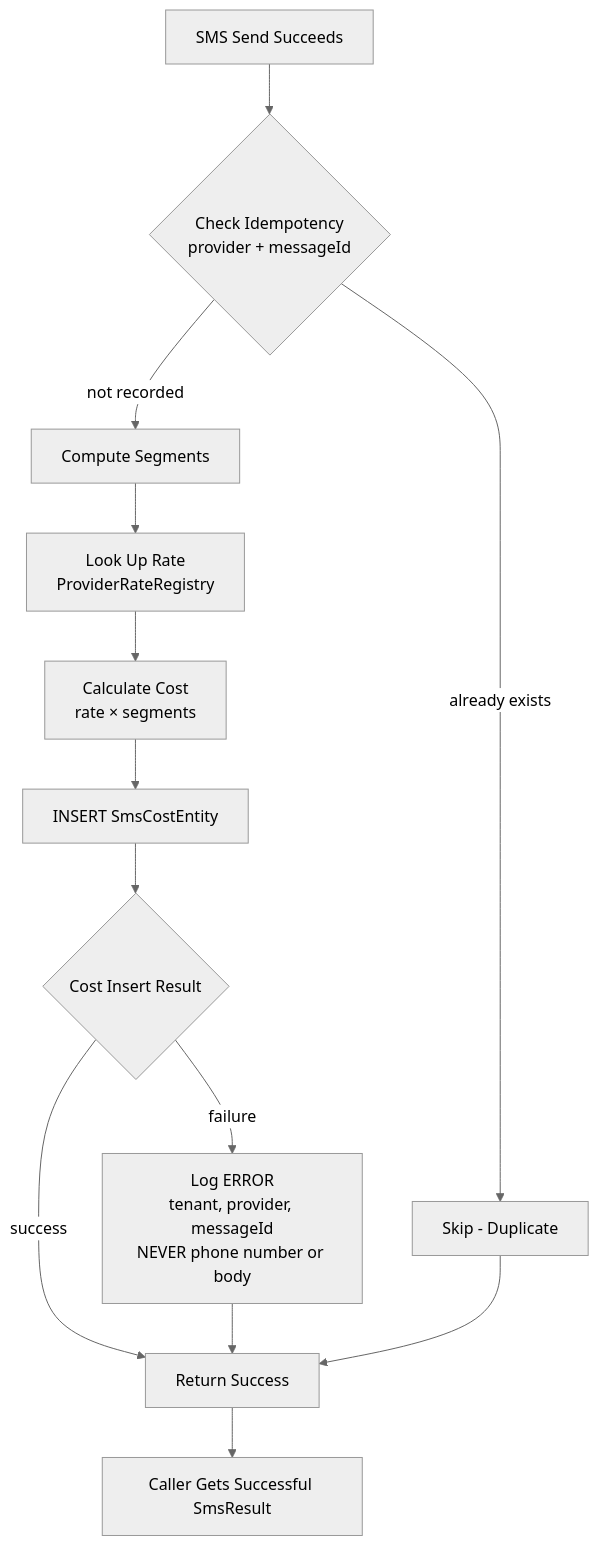
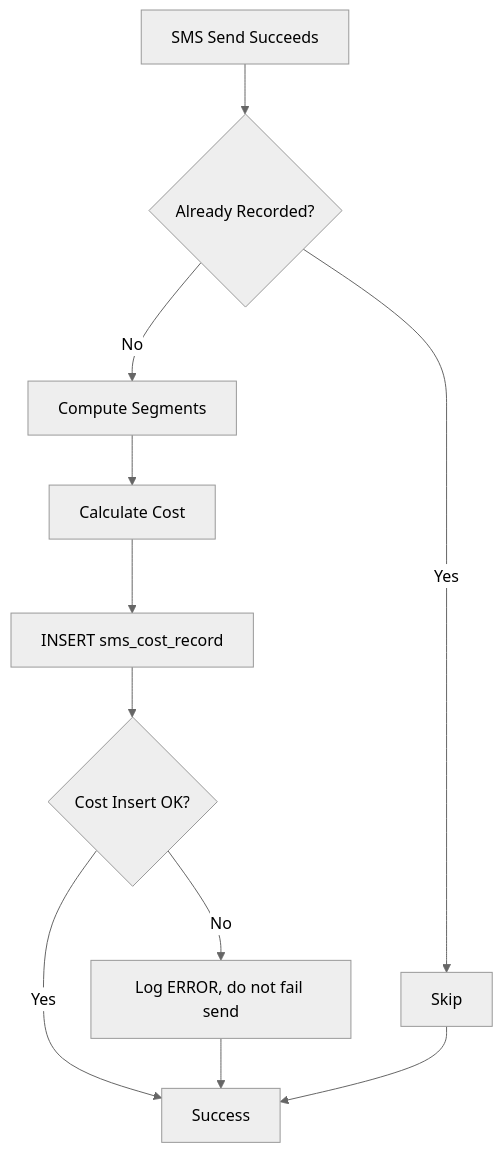
One commit to zahid397/formwork-channel-sms-production-review changed the fifth of 7 diagrams in README.md. Above: the diagram before and after it, drawn with Mermaid (neutral theme). The commit also changed other lines of this file, not shown here.

````diff
--- a/README.md
+++ b/README.md
@@ -483,15 +361,13 @@
 ```mermaid
 flowchart TD
-    A[SMS Send Succeeds] --> B{Check Idempotency<br/>provider + messageId}
-    B -->|not recorded| C[Compute Segments]
-    B -->|already exists| D[Skip - Duplicate]
-    C --> E[Look Up Rate<br/>ProviderRateRegistry]
-    E --> F[Calculate Cost<br/>rate × segments]
-    F --> G[INSERT SmsCostEntity]
-    G --> H{Cost Insert Result}
-    H -->|success| I[Return Success]
-    H -->|failure| J[Log ERROR<br/>tenant, provider, messageId<br/>NEVER phone number or body]
-    D --> I
-    J --> I
-    I --> K[Caller Gets Successful SmsResult]
+    A[SMS Send Succeeds] --> B{Already Recorded?}
+    B -->|No| C[Compute Segments]
+    B -->|Yes| D[Skip]
+    C --> E[Calculate Cost]
+    E --> F[INSERT sms_cost_record]
+    F --> G{Cost Insert OK?}
+    G -->|Yes| H[Success]
+    G -->|No| I[Log ERROR, do not fail send]
+    D --> H
+    I --> H
 ```
````
